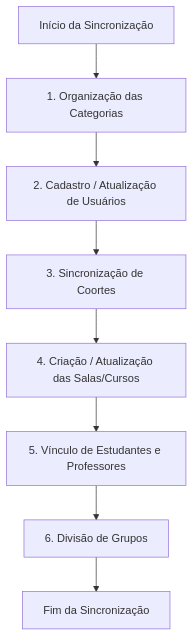
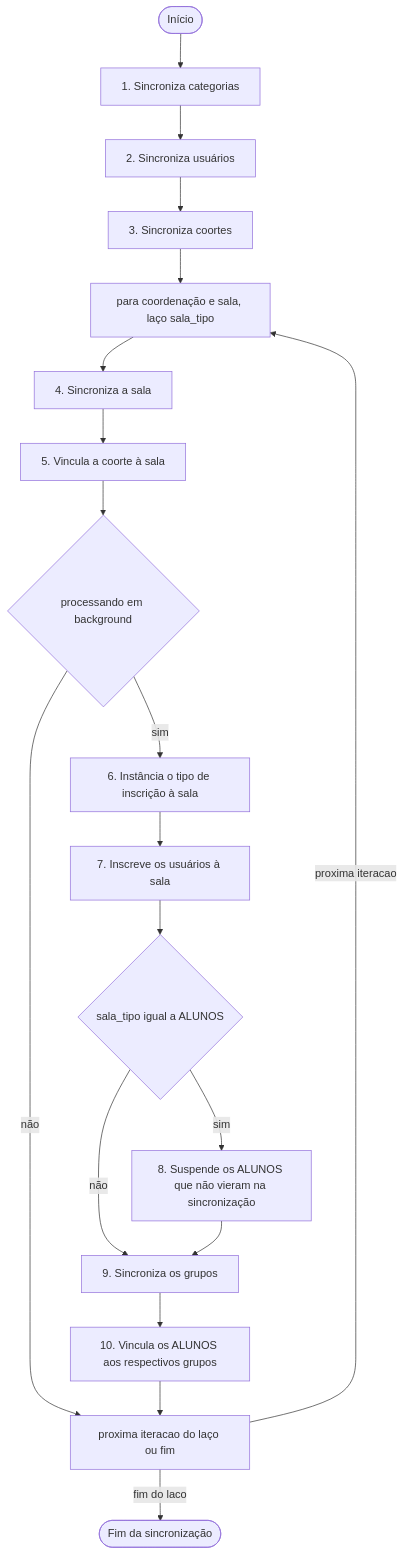
One commit to suap-ava-suite/moodle-local_suap changed the diagram in docs/o_que_ocorre_ao_sincronizar.md. Above: the diagram before and after it, drawn with Mermaid. The commit also changed other lines of this file, not shown here.

Commit message:
doc: [UPD] atualização do guia sobre sincronização entre SUAP e Moodle, incluindo novos verbetes e detalhamento do fluxo de sincronização

````diff
--- a/docs/o_que_ocorre_ao_sincronizar.md
+++ b/docs/o_que_ocorre_ao_sincronizar.md
@@ -22,10 +80,24 @@
 ```mermaid
-graph TD
-    A[Início da Sincronização] --> B[1. Organização das Categorias]
-    B --> C[2. Cadastro / Atualização de Usuários]
-    C --> D[3. Sincronização de Coortes]
-    D --> E[4. Criação / Atualização das Salas/Cursos]
-    E --> F[5. Vínculo de Estudantes e Professores]
-    F --> G[6. Divisão de Grupos]
-    G --> H[Fim da Sincronização]
+flowchart TD
+  A([Início]) --> B[1. Sincroniza categorias]
+  B --> C[2. Sincroniza usuários]
+  C --> D[3. Sincroniza coortes]
+
+  D --> E[para coordenação e sala, laço sala_tipo]
+  E --> F[4. Sincroniza a sala]
+  F --> G[5. Vincula a coorte à sala]
+
+  G --> H{processando em background}
+  H -->|não| P[proxima iteracao do laço ou fim]
+  H -->|sim| I[6. Instância o tipo de inscrição à sala]
+  I --> J[7. Inscreve os usuários à sala]
+  J --> K{sala_tipo igual a ALUNOS}
+  K -->|sim| L[8. Suspende os ALUNOS que não vieram na sincronização]
+  K -->|não| M[9. Sincroniza os grupos]
+  L --> M
+  M --> N[10. Vincula os ALUNOS aos respectivos grupos ]
+  N --> P
+
+  P -->|proxima iteracao| E
+  P -->|fim do laco| O([Fim da sincronização])
 ```
````
